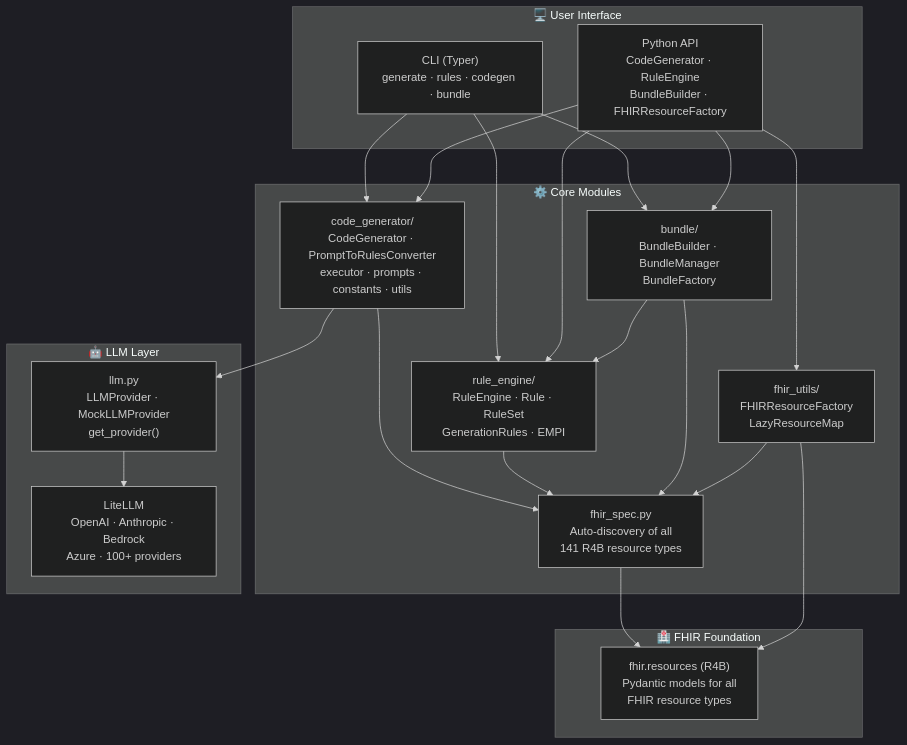
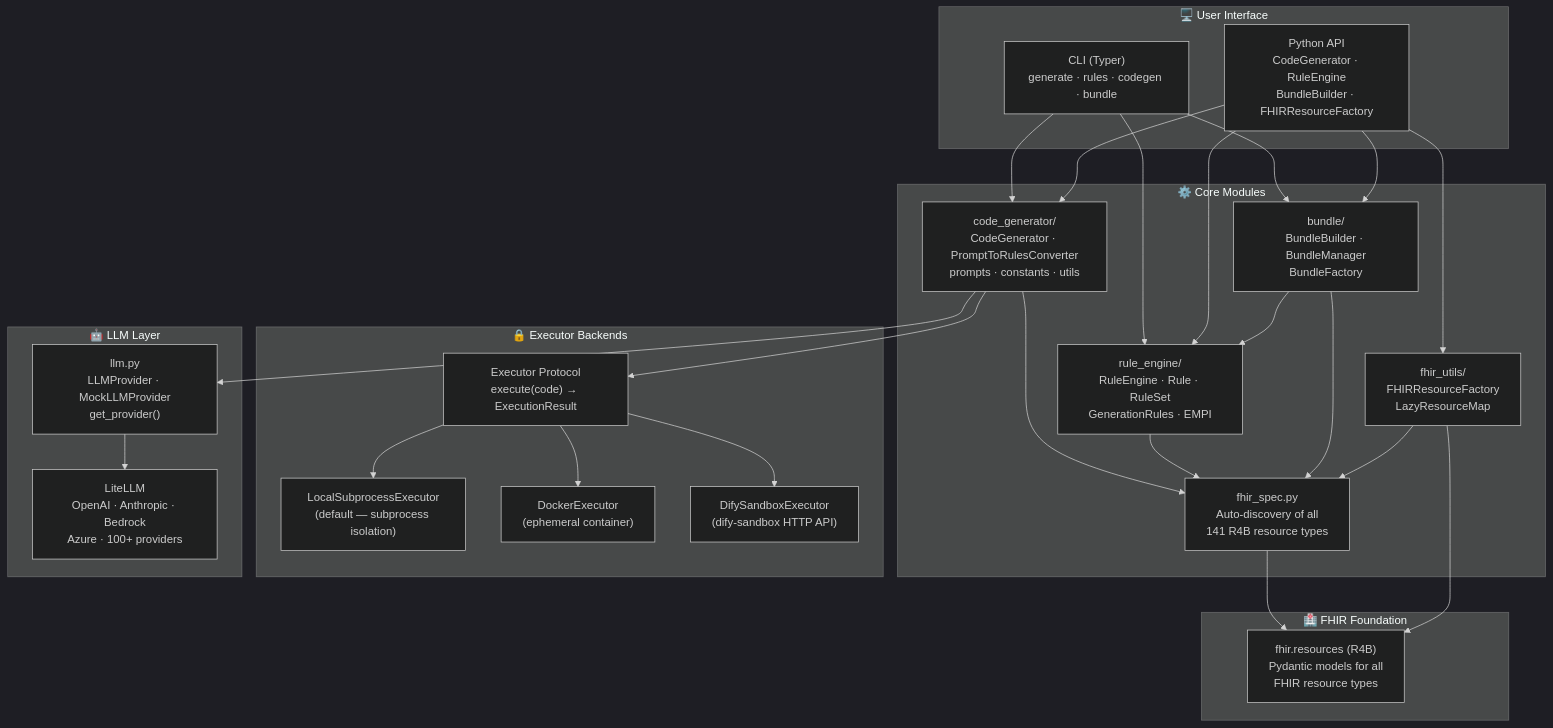
The first of 3 diagrams in docs/architecture.md (alvinhenrick/fhir-synth), drawn with Mermaid (dark theme) before and after one commit. The commit also changed other lines of this file and 14 other files, not shown here.

Commit message:
feat: implement pluggable executor backends for running LLM-generated code

````diff
--- a/docs/architecture.md
+++ b/docs/architecture.md
@@ -5,42 +5,54 @@
 ```mermaid
 graph TB
     subgraph UI["🖥️ User Interface"]
         CLI["CLI (Typer)\ngenerate · rules · codegen · bundle"]
         API["Python API\nCodeGenerator · RuleEngine\nBundleBuilder · FHIRResourceFactory"]
     end
 
     subgraph CORE["⚙️ Core Modules"]
-        CG["code_generator/\nCodeGenerator · PromptToRulesConverter\nexecutor · prompts · constants · utils"]
+        CG["code_generator/\nCodeGenerator · PromptToRulesConverter\nprompts · constants · utils"]
         RE["rule_engine/\nRuleEngine · Rule · RuleSet\nGenerationRules · EMPI"]
         BB["bundle/\nBundleBuilder · BundleManager\nBundleFactory"]
         FU["fhir_utils/\nFHIRResourceFactory\nLazyResourceMap"]
         FS["fhir_spec.py\nAuto-discovery of all\n141 R4B resource types"]
+    end
+
+    subgraph EXEC["🔒 Executor Backends"]
+        EX_IF["Executor Protocol\nexecute(code) → ExecutionResult"]
+        LOCAL["LocalSubprocessExecutor\n(default — subprocess isolation)"]
+        DOCKER["DockerExecutor\n(ephemeral container)"]
+        DIFY["DifySandboxExecutor\n(dify-sandbox HTTP API)"]
     end
 
     subgraph LLM_LAYER["🤖 LLM Layer"]
         LLM["llm.py\nLLMProvider · MockLLMProvider\nget_provider()"]
         LITELLM["LiteLLM\nOpenAI · Anthropic · Bedrock\nAzure · 100+ providers"]
     end
 
     subgraph FHIR["🏥 FHIR Foundation"]
         FR["fhir.resources (R4B)\nPydantic models for all\nFHIR resource types"]
     end
 
     CLI --> CG
     CLI --> RE
     CLI --> BB
     API --> CG
     API --> RE
     API --> BB
     API --> FU
 
+    CG --> EX_IF
+    EX_IF --> LOCAL
+    EX_IF --> DOCKER
+    EX_IF --> DIFY
+
     CG --> LLM
     CG --> FS
     RE --> FS
     BB --> RE
     BB --> FS
     FU --> FS
     LLM --> LITELLM
     FS --> FR
     FU --> FR
 ```
````
